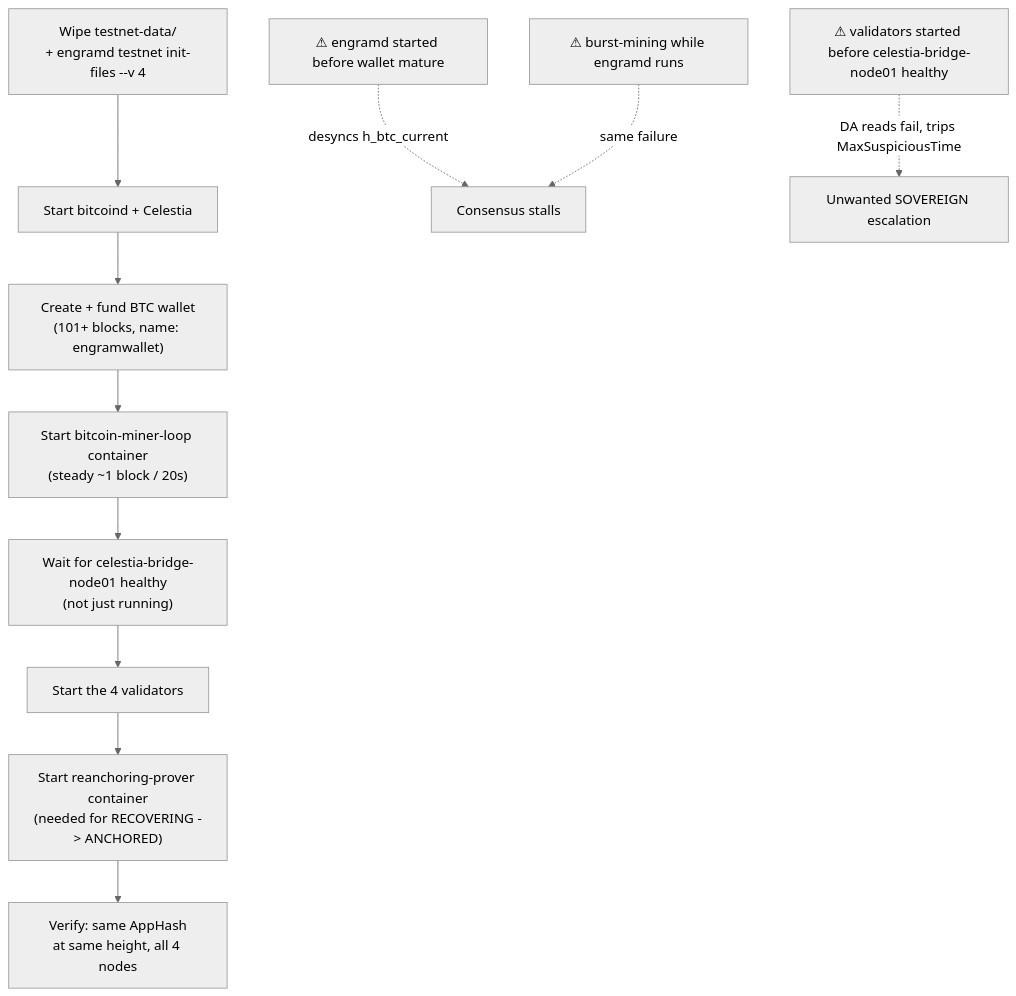
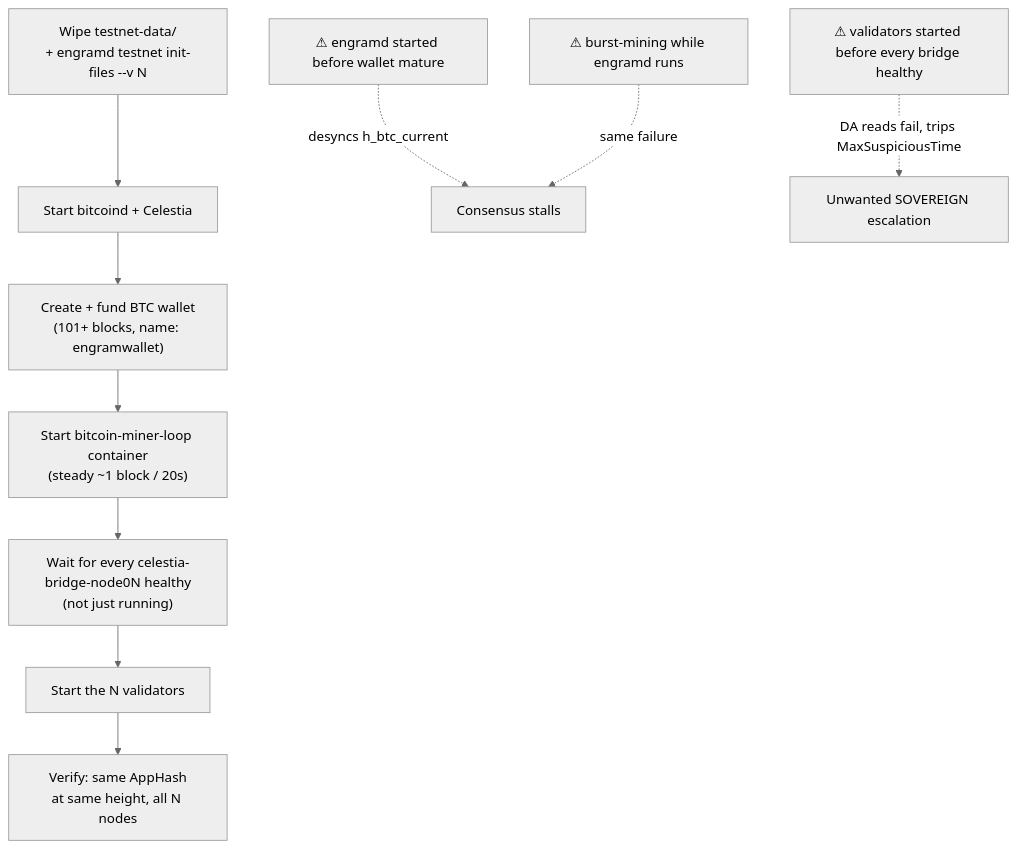
Before and after one commit to cuongct924/engram-sovereign-fsm: the first of 4 diagrams in docs/DEVELOPMENT.md, drawn with Mermaid (neutral theme). The commit also changed other lines of this file and 7 other files, not shown here.

First line of the commit message:
chore: remove dead docker/reanchoring-prover.yml, fix docs that described it as real

````diff
--- a/docs/DEVELOPMENT.md
+++ b/docs/DEVELOPMENT.md
@@ -189,14 +192,13 @@
 ```mermaid
 flowchart TD
-    A["Wipe testnet-data/\n+ engramd testnet init-files --v 4"] --> B["Start bitcoind + Celestia"]
+    A["Wipe testnet-data/\n+ engramd testnet init-files --v N"] --> B["Start bitcoind + Celestia"]
     B --> C["Create + fund BTC wallet\n(101+ blocks, name: engramwallet)"]
     C --> D["Start bitcoin-miner-loop container\n(steady ~1 block / 20s)"]
-    D --> W["Wait for celestia-bridge-node01 healthy\n(not just running)"]
-    W --> E["Start the 4 validators"]
-    E --> F["Start reanchoring-prover container\n(needed for RECOVERING -> ANCHORED)"]
-    F --> Ver["Verify: same AppHash\nat same height, all 4 nodes"]
+    D --> W["Wait for every celestia-bridge-node0N healthy\n(not just running)"]
+    W --> E["Start the N validators"]
+    E --> Ver["Verify: same AppHash\nat same height, all N nodes"]
 
     G["⚠ engramd started before wallet mature"] -.->|desyncs h_btc_current| H["Consensus stalls"]
     I["⚠ burst-mining while engramd runs"] -.->|same failure| H
-    J["⚠ validators started before celestia-bridge-node01 healthy"] -.->|DA reads fail, trips MaxSuspiciousTime| K["Unwanted SOVEREIGN escalation"]
+    J["⚠ validators started before every bridge healthy"] -.->|DA reads fail, trips MaxSuspiciousTime| K["Unwanted SOVEREIGN escalation"]
 ```
````
